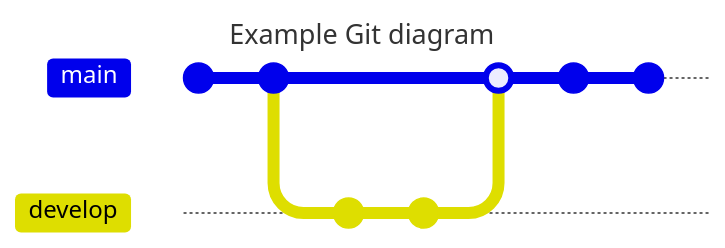
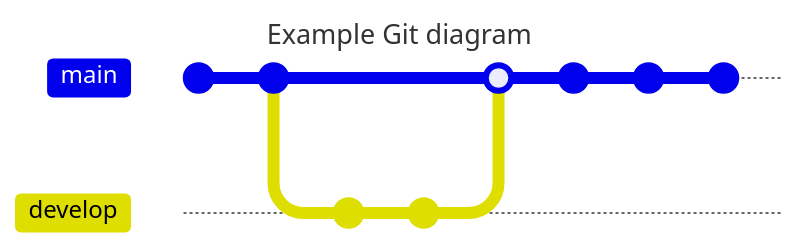
One commit to hzierer/render-run changed the diagram in docs/graph.mmd. Above: the diagram before and after it, drawn with Mermaid. Commit ids are hidden.

```diff
--- a/docs/graph.mmd
+++ b/docs/graph.mmd
@@ -1,14 +1,16 @@
 ---
 title: Example Git diagram
 ---
 gitGraph
    commit
    commit
    branch develop
    checkout develop
    commit
    commit
    checkout main
    merge develop
    commit
    commit
+   commit
+   checkout main
```
